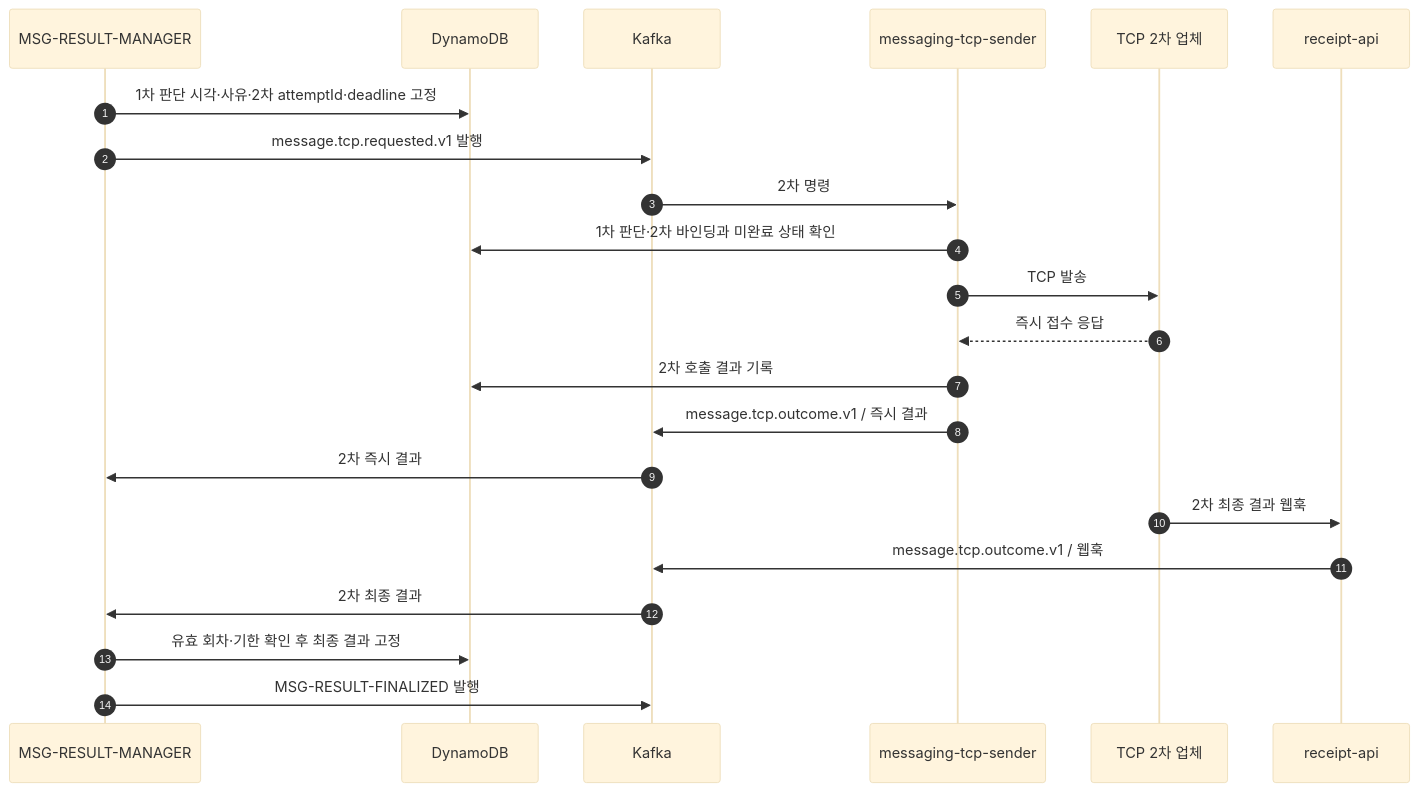
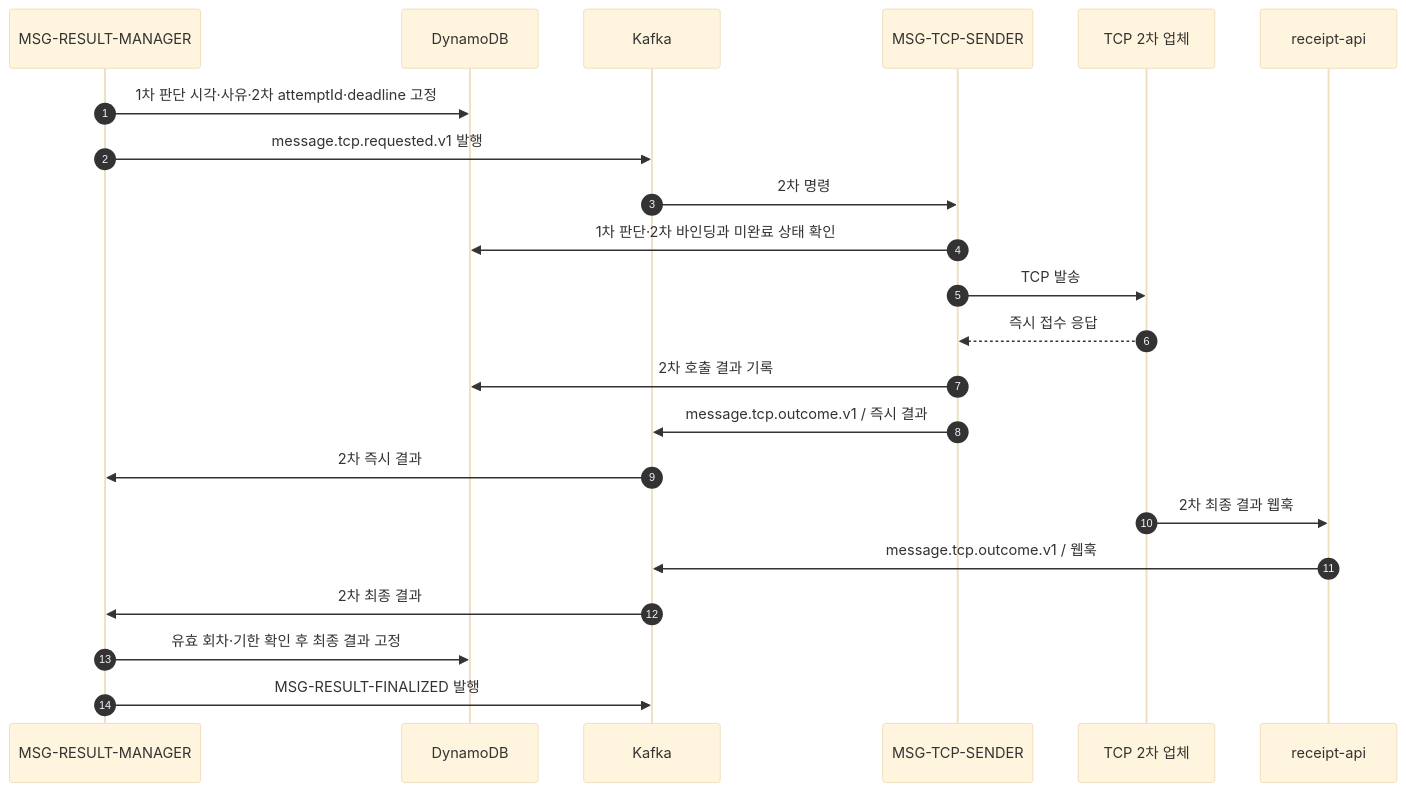
Before and after one commit to hyun-seung/High-throughput-event-platform: the ninth of 10 diagrams in docs/53-신규-메시지-케이스별-Call-Flow.md, drawn with Mermaid (base theme). The commit also changed other lines of this file and 6 other files, not shown here.

````diff
--- a/docs/53-신규-메시지-케이스별-Call-Flow.md
+++ b/docs/53-신규-메시지-케이스별-Call-Flow.md
@@ -269,24 +284,24 @@
 ```mermaid
 sequenceDiagram
     autonumber
     participant M as MSG-RESULT-MANAGER
     participant D as DynamoDB
     participant K as Kafka
-    participant T as messaging-tcp-sender
+    participant T as MSG-TCP-SENDER
     participant P as TCP 2차 업체
     participant W as receipt-api
     M->>D: 1차 판단 시각·사유·2차 attemptId·deadline 고정
     M->>K: message.tcp.requested.v1 발행
     K->>T: 2차 명령
     T->>D: 1차 판단·2차 바인딩과 미완료 상태 확인
     T->>P: TCP 발송
     P-->>T: 즉시 접수 응답
     T->>D: 2차 호출 결과 기록
     T->>K: message.tcp.outcome.v1 / 즉시 결과
     K->>M: 2차 즉시 결과
     P->>W: 2차 최종 결과 웹훅
     W->>K: message.tcp.outcome.v1 / 웹훅
     K->>M: 2차 최종 결과
     M->>D: 유효 회차·기한 확인 후 최종 결과 고정
     M->>K: MSG-RESULT-FINALIZED 발행
 ```
````
